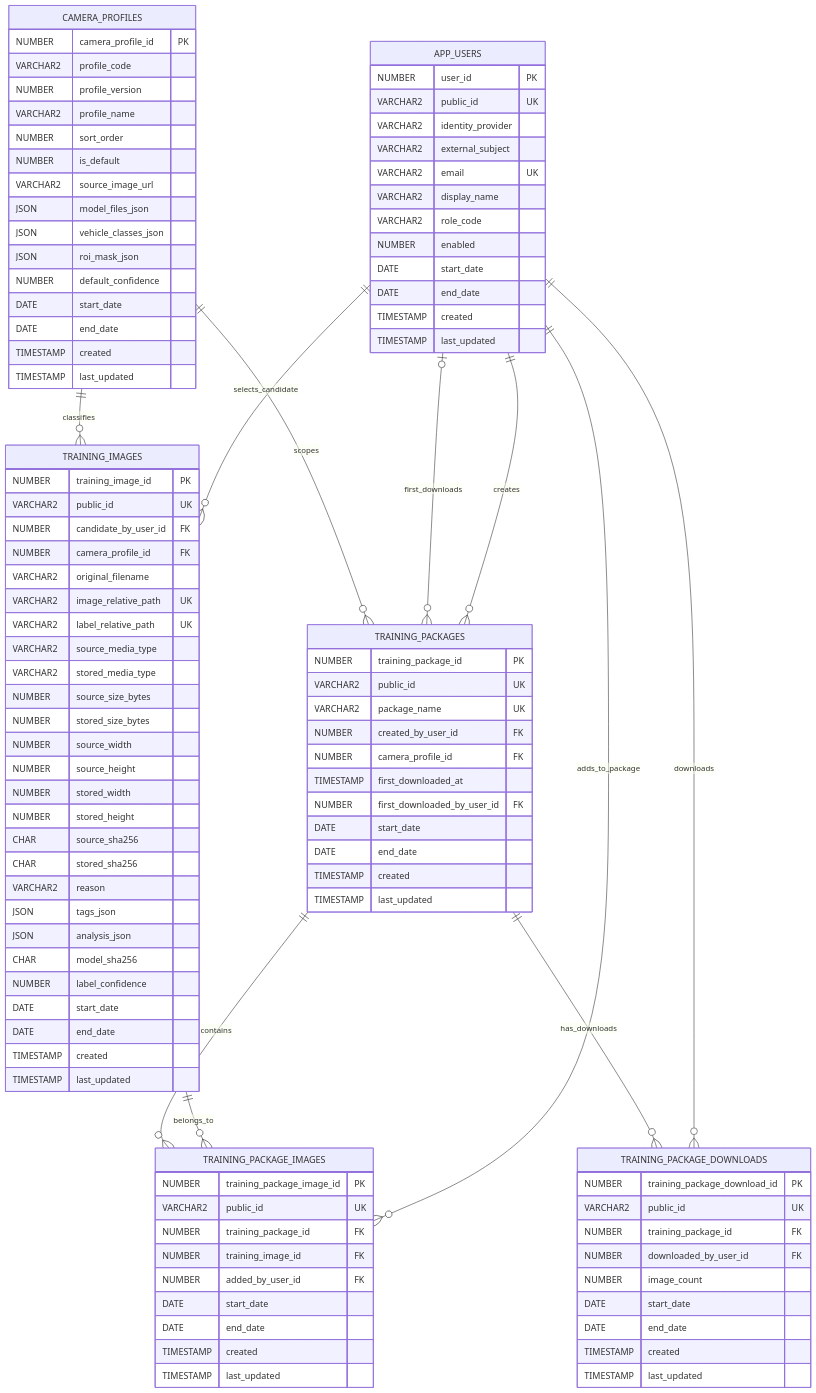
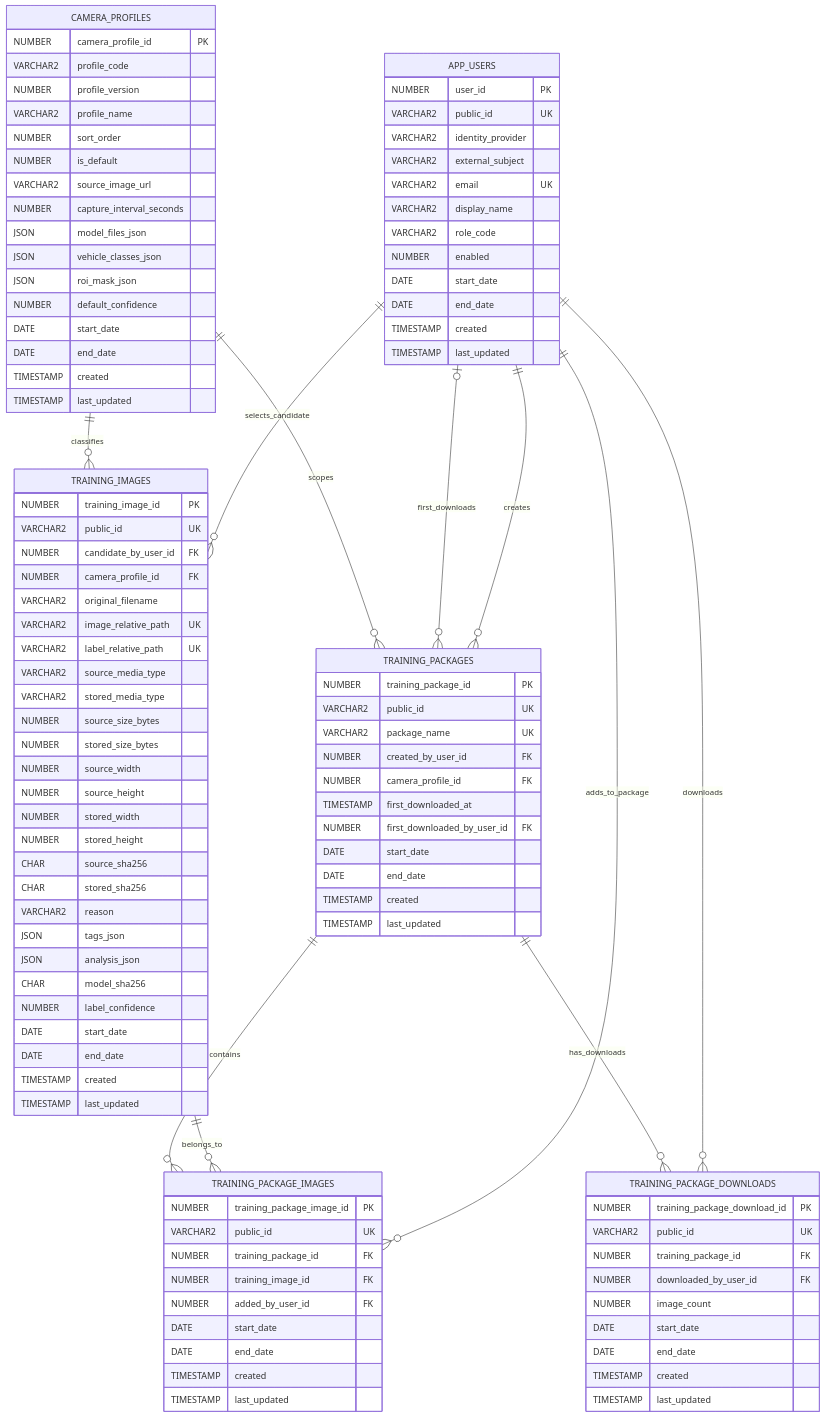
Before and after one commit to alarj/liiklus: the diagram in db/erd.md, drawn with Mermaid. The commit also changed 18 other files, not shown here.

```diff
--- a/db/erd.md
+++ b/db/erd.md
@@ -46,6 +46,7 @@
         NUMBER sort_order
         NUMBER is_default
         VARCHAR2 source_image_url
+        NUMBER capture_interval_seconds
         JSON model_files_json
         JSON vehicle_classes_json
         JSON roi_mask_json
```
